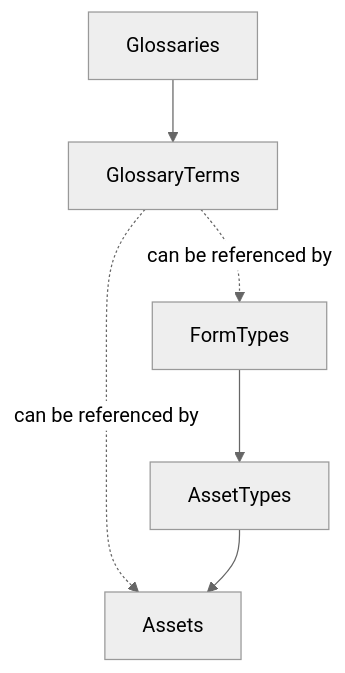
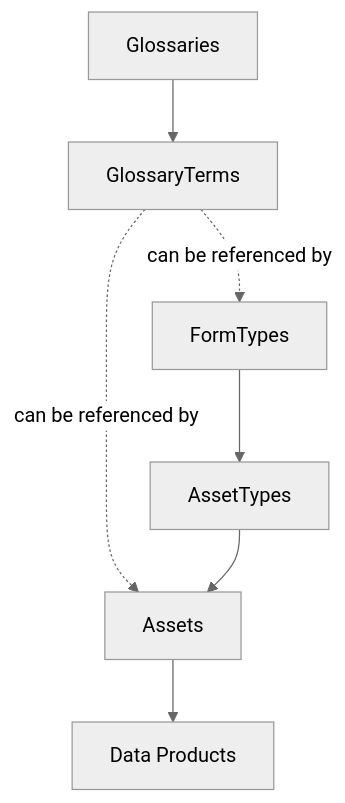
Before and after one commit to vasu2856/CICD-for-SageMakerUnifiedStudio-public: the second of 2 diagrams in .kiro/specs/datazone-catalog-import-export/design.md, drawn with Mermaid (neutral theme). The commit also changed other lines of this file and 4 other files, not shown here.

First line of the commit message:
docs(datazone-catalog-import-export): add data products to dependency graph and simplify tasks

````diff
--- a/.kiro/specs/datazone-catalog-import-export/design.md
+++ b/.kiro/specs/datazone-catalog-import-export/design.md
@@ -311,8 +311,9 @@
 ```mermaid
 graph TD
     G[Glossaries] --> GT[GlossaryTerms]
     GT -.can be referenced by.-> A[Assets]
     GT -.can be referenced by.-> FT[FormTypes]
     FT --> AT[AssetTypes]
     AT --> A
+    A --> DP[Data Products]
 ```
````
